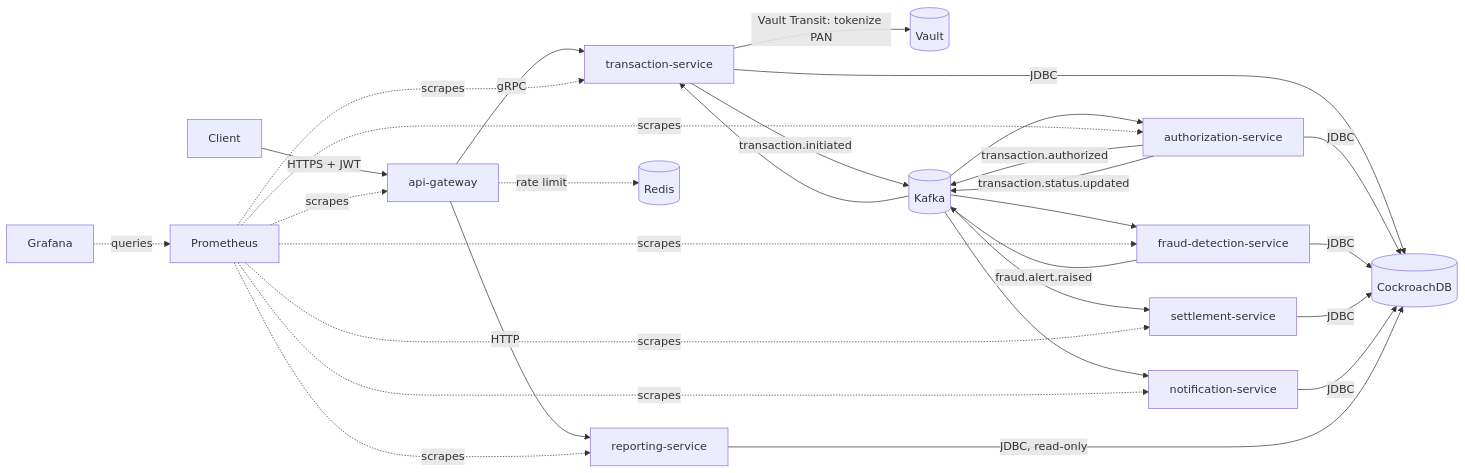
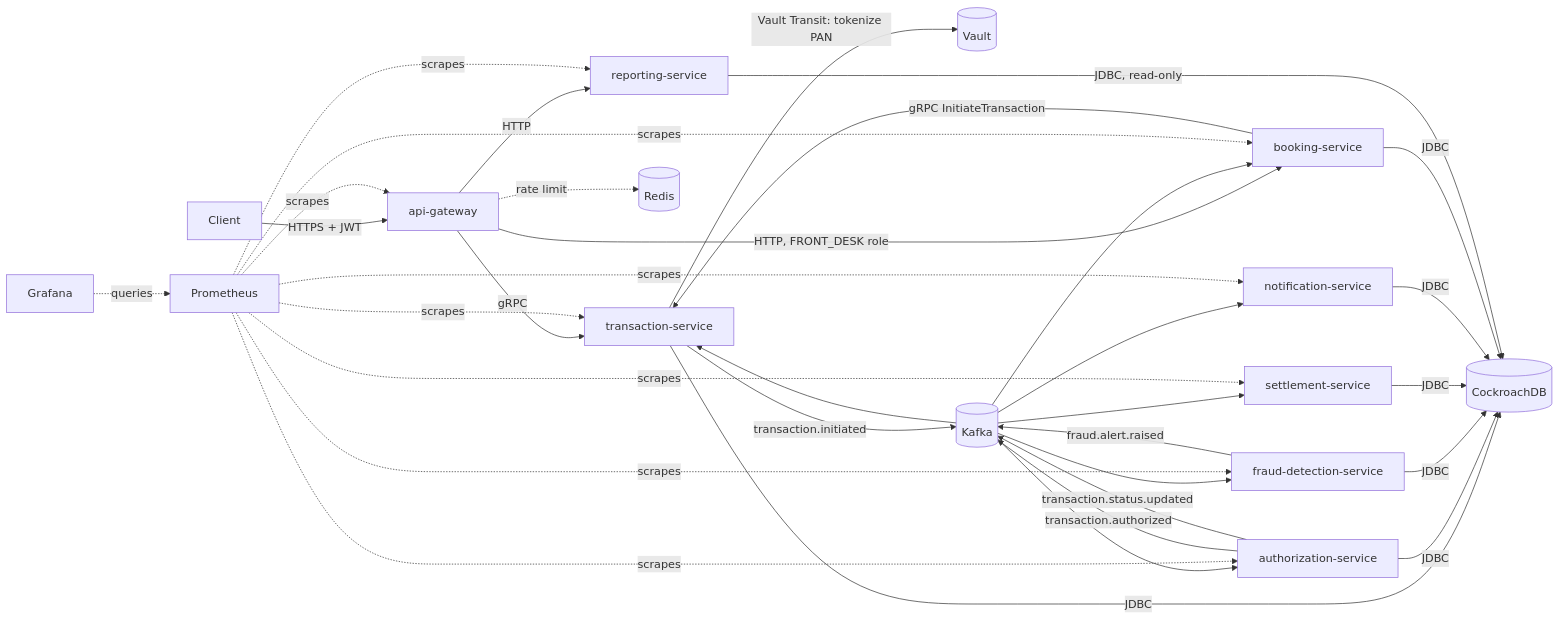
Before and after one commit to abhishek7699/Credit_card_Management: the diagram in README.md, drawn with Mermaid. The commit also changed other lines of this file and 4 other files, not shown here.

First line of the commit message:
feat(booking-service): Phase 6 polish — CI wiring, e2e steps 12-13, BACKLOG.md

````diff
--- a/README.md
+++ b/README.md
@@ -14,25 +36,29 @@
 ```mermaid
 flowchart LR
     Client -->|HTTPS + JWT| Gateway[api-gateway]
     Gateway -->|gRPC| Txn[transaction-service]
     Gateway -->|HTTP| Report[reporting-service]
+    Gateway -->|HTTP, FRONT_DESK role| Booking[booking-service]
     Gateway -.->|rate limit| Redis[(Redis)]
 
     Txn -->|Vault Transit: tokenize PAN| Vault[(Vault)]
     Txn -->|transaction.initiated| Kafka[(Kafka)]
 
     Kafka --> Auth[authorization-service]
     Kafka --> Fraud[fraud-detection-service]
     Auth -->|transaction.authorized| Kafka
     Kafka --> Settle[settlement-service]
     Auth -->|transaction.status.updated| Kafka
     Fraud -->|fraud.alert.raised| Kafka
     Kafka --> Notify[notification-service]
     Kafka --> Txn
+    Kafka --> Booking
 
-    Txn & Auth & Fraud & Settle & Notify -->|JDBC| CRDB[(CockroachDB)]
+    Booking -->|gRPC InitiateTransaction| Txn
+
+    Txn & Auth & Fraud & Settle & Notify & Booking -->|JDBC| CRDB[(CockroachDB)]
     Report -->|JDBC, read-only| CRDB
 
-    Prom[Prometheus] -.scrapes.-> Txn & Auth & Fraud & Settle & Notify & Report & Gateway
+    Prom[Prometheus] -.scrapes.-> Txn & Auth & Fraud & Settle & Notify & Report & Gateway & Booking
     Grafana -.queries.-> Prom
 ```
````
